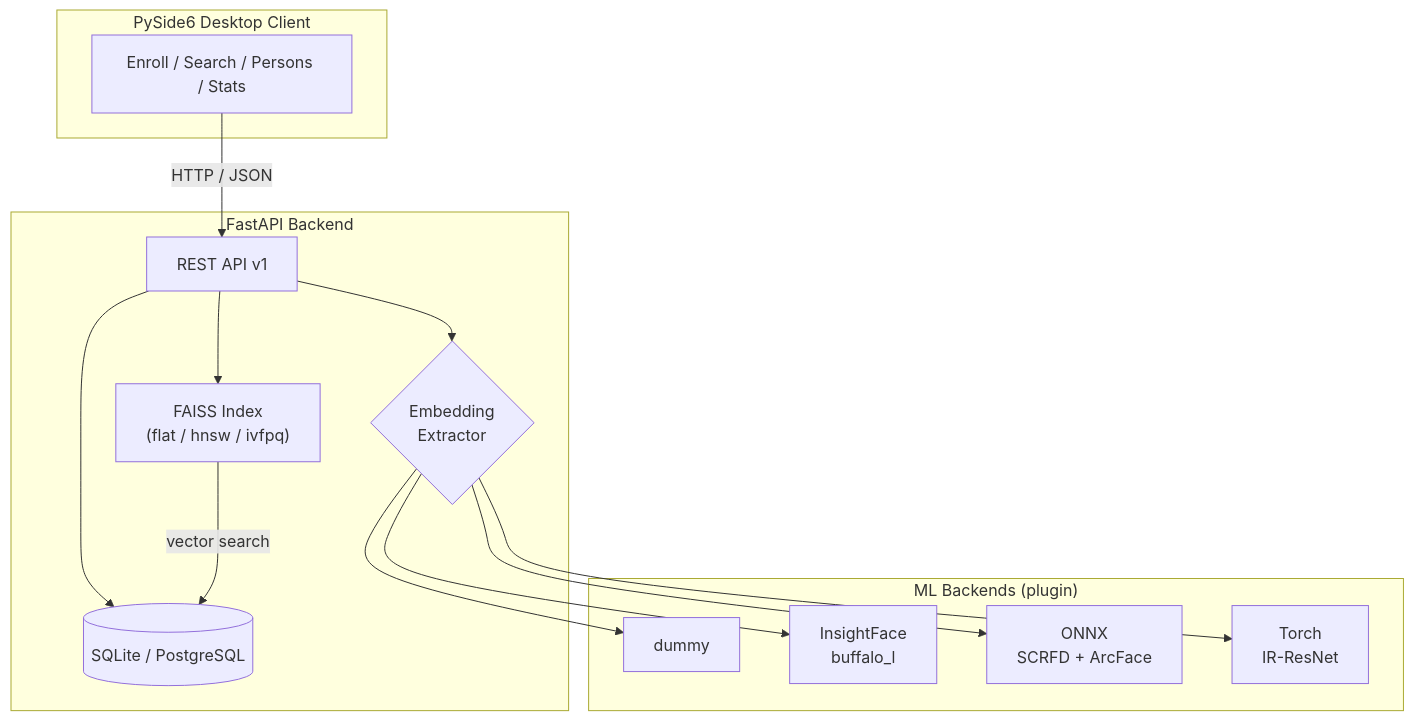
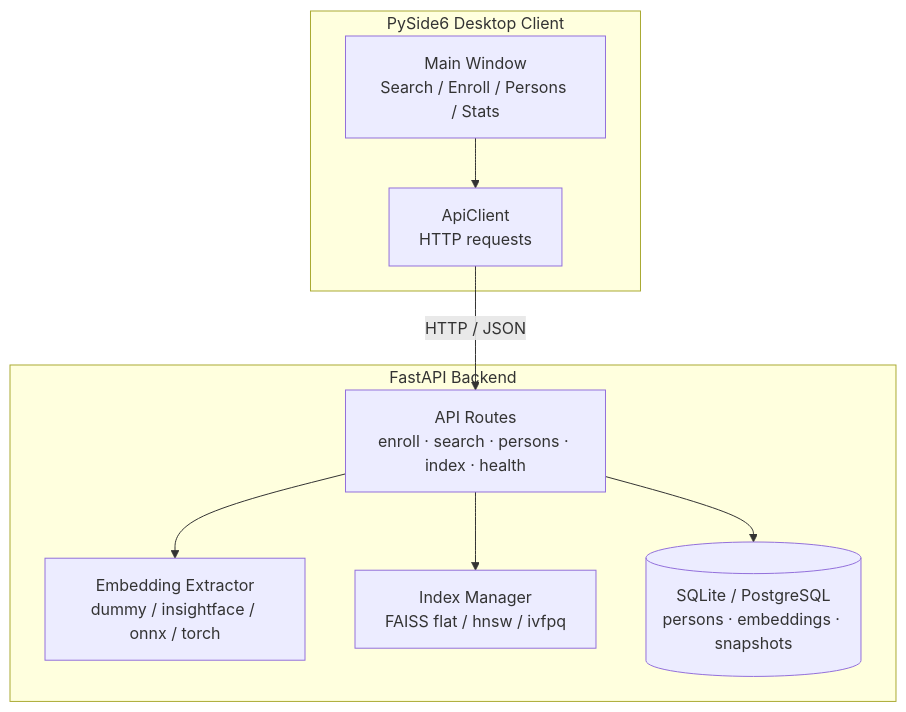
Before and after one commit to buytheaway/DiplomaWork: the first of 2 diagrams in README.md, drawn with Mermaid. The commit also changed other lines of this file and 13 other files, not shown here.

Commit message:
UI redesign + backend fixes: dark theme, card layout, image preview, persons list endpoint, migration GUID fix, architecture diagram

````diff
--- a/README.md
+++ b/README.md
@@ -195,30 +115,20 @@
 ```mermaid
-flowchart TD
-    subgraph Desktop ["PySide6 Desktop Client"]
-        UI["Enroll / Search / Persons / Stats"]
+flowchart TB
+    subgraph Desktop["PySide6 Desktop Client"]
+        UI[Main Window<br/>Search / Enroll / Persons / Stats]
+        AC[ApiClient<br/>HTTP requests]
+        UI --> AC
     end
 
-    subgraph Backend ["FastAPI Backend"]
-        API["REST API v1"]
-        EMB{"Embedding\nExtractor"}
-        IDX["FAISS Index\n(flat / hnsw / ivfpq)"]
-        DB[("SQLite / PostgreSQL")]
+    subgraph Backend["FastAPI Backend"]
+        API[API Routes<br/>enroll · search · persons · index · health]
+        EMB[Embedding Extractor<br/>dummy / insightface / onnx / torch]
+        IDX[Index Manager<br/>FAISS flat / hnsw / ivfpq]
+        DB[(SQLite / PostgreSQL<br/>persons · embeddings · snapshots)]
+        API --> EMB
+        API --> IDX
+        API --> DB
     end
 
-    subgraph Backends ["ML Backends (plugin)"]
-        DUMMY["dummy"]
-        IF["InsightFace\nbuffalo_l"]
-        ONNX["ONNX\nSCRFD + ArcFace"]
-        TORCH["Torch\nIR-ResNet"]
-    end
-
-    UI -- "HTTP / JSON" --> API
-    API --> EMB
-    EMB --> DUMMY
-    EMB --> IF
-    EMB --> ONNX
-    EMB --> TORCH
-    API --> IDX
-    API --> DB
-    IDX -- "vector search" --> DB
+    AC -- "HTTP / JSON" --> API
 ```
````
